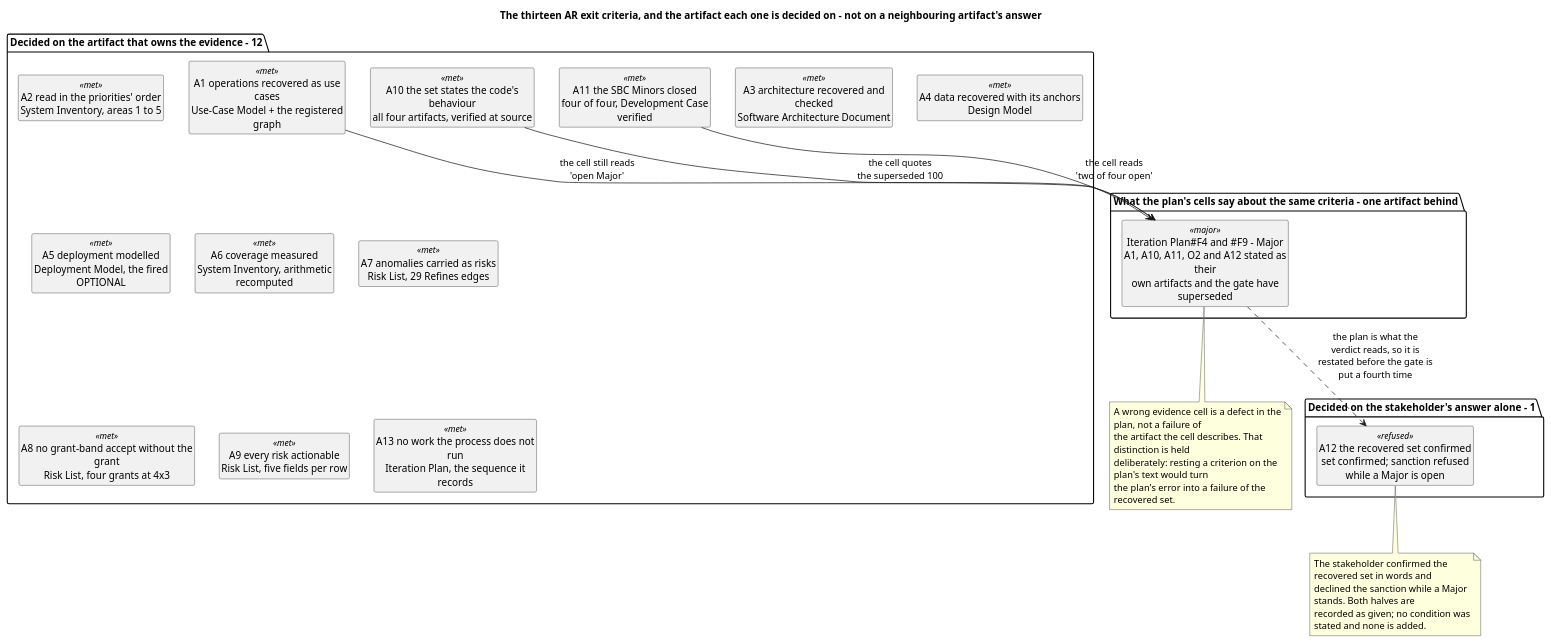
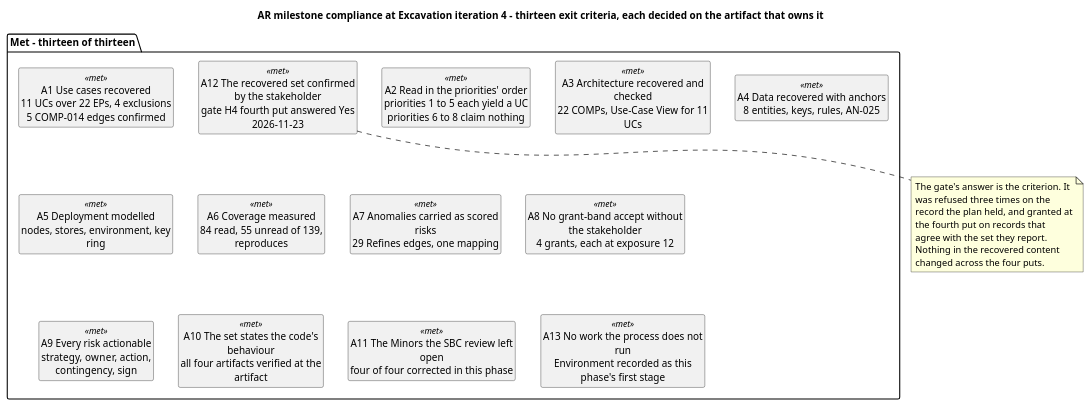
One commit to banense-test/TodoApp changed the second of 13 diagrams in docs/artifacts/project-management/review-record.md. Above: the diagram before and after it, drawn with PlantUML. The commit also changed other lines of this file, not shown here.

First line of the commit message:
Management Reviewer [Excavation4]: upsert Review Record

````diff
--- a/docs/artifacts/project-management/review-record.md
+++ b/docs/artifacts/project-management/review-record.md
@@ -189,52 +189,31 @@
 ```plantuml
 @startuml
-title The thirteen AR exit criteria, and the artifact each one is decided on - not on a neighbouring artifact's answer
-
+title AR milestone compliance at Excavation iteration 4 - thirteen exit criteria, each decided on the artifact that owns it
 skinparam shadowing false
-skinparam classAttributeIconSize 0
-skinparam wrapWidth 245
+skinparam wrapWidth 235
 hide circle
 hide empty members
 
-package "Decided on the artifact that owns the evidence - 12" {
-  class "A1 operations recovered as use cases\nUse-Case Model + the registered graph" as A1 <<met>>
-  class "A2 read in the priorities' order\nSystem Inventory, areas 1 to 5" as A2 <<met>>
-  class "A3 architecture recovered and checked\nSoftware Architecture Document" as A3 <<met>>
-  class "A4 data recovered with its anchors\nDesign Model" as A4 <<met>>
-  class "A5 deployment modelled\nDeployment Model, the fired OPTIONAL" as A5 <<met>>
-  class "A6 coverage measured\nSystem Inventory, arithmetic recomputed" as A6 <<met>>
-  class "A7 anomalies carried as risks\nRisk List, 29 Refines edges" as A7 <<met>>
-  class "A8 no grant-band accept without the grant\nRisk List, four grants at 4x3" as A8 <<met>>
-  class "A9 every risk actionable\nRisk List, five fields per row" as A9 <<met>>
-  class "A10 the set states the code's behaviour\nall four artifacts, verified at source" as A10 <<met>>
-  class "A11 the SBC Minors closed\nfour of four, Development Case verified" as A11 <<met>>
-  class "A13 no work the process does not run\nIteration Plan, the sequence it records" as A13 <<met>>
+package "Met - thirteen of thirteen" {
+  class "A1 Use cases recovered\n11 UCs over 22 EPs, 4 exclusions\n5 COMP-014 edges confirmed" as A1 <<met>>
+  class "A2 Read in the priorities' order\npriorities 1 to 5 each yield a UC\npriorities 6 to 8 claim nothing" as A2 <<met>>
+  class "A3 Architecture recovered and checked\n22 COMPs, Use-Case View for 11 UCs" as A3 <<met>>
+  class "A4 Data recovered with anchors\n8 entities, keys, rules, AN-025" as A4 <<met>>
+  class "A5 Deployment modelled\nnodes, stores, environment, key ring" as A5 <<met>>
+  class "A6 Coverage measured\n84 read, 55 unread of 139, reproduces" as A6 <<met>>
+  class "A7 Anomalies carried as scored risks\n29 Refines edges, one mapping" as A7 <<met>>
+  class "A8 No grant-band accept without the stakeholder\n4 grants, each at exposure 12" as A8 <<met>>
+  class "A9 Every risk actionable\nstrategy, owner, action, contingency, sign" as A9 <<met>>
+  class "A10 The set states the code's behaviour\nall four artifacts verified at the artifact" as A10 <<met>>
+  class "A11 The Minors the SBC review left open\nfour of four corrected in this phase" as A11 <<met>>
+  class "A12 The recovered set confirmed by the stakeholder\ngate H4 fourth put answered Yes 2026-11-23" as A12 <<met>>
+  class "A13 No work the process does not run\nEnvironment recorded as this phase's first stage" as A13 <<met>>
 }
-
-package "Decided on the stakeholder's answer alone - 1" {
-  class "A12 the recovered set confirmed\nset confirmed; sanction refused\nwhile a Major is open" as A12 <<refused>>
-}
-
-package "What the plan's cells say about the same criteria - one artifact behind" {
-  class "Iteration Plan#F4 and #F9 - Major\nA1, A10, A11, O2 and A12 stated as their\nown artifacts and the gate have superseded" as F4 <<major>>
-}
-
-A1 --> F4 : the cell still reads\n'open Major'
-A10 --> F4 : the cell quotes\nthe superseded 100
-A11 --> F4 : the cell reads\n'two of four open'
-F4 ..> A12 : the plan is what the\nverdict reads, so it is\nrestated before the gate is\nput a fourth time
-
 note bottom of A12
-  The stakeholder confirmed the recovered set in words and
-  declined the sanction while a Major stands. Both halves are
-  recorded as given; no condition was stated and none is added.
+  The gate's answer is the criterion. It was refused three times on the
+  record the plan held, and granted at the fourth put on records that
+  agree with the set they report. Nothing in the recovered content
+  changed across the four puts.
 end note
-note bottom of F4
-  A wrong evidence cell is a defect in the plan, not a failure of
-  the artifact the cell describes. That distinction is held
-  deliberately: resting a criterion on the plan's text would turn
-  the plan's error into a failure of the recovered set.
-end note
-
 @enduml
 ```
````
